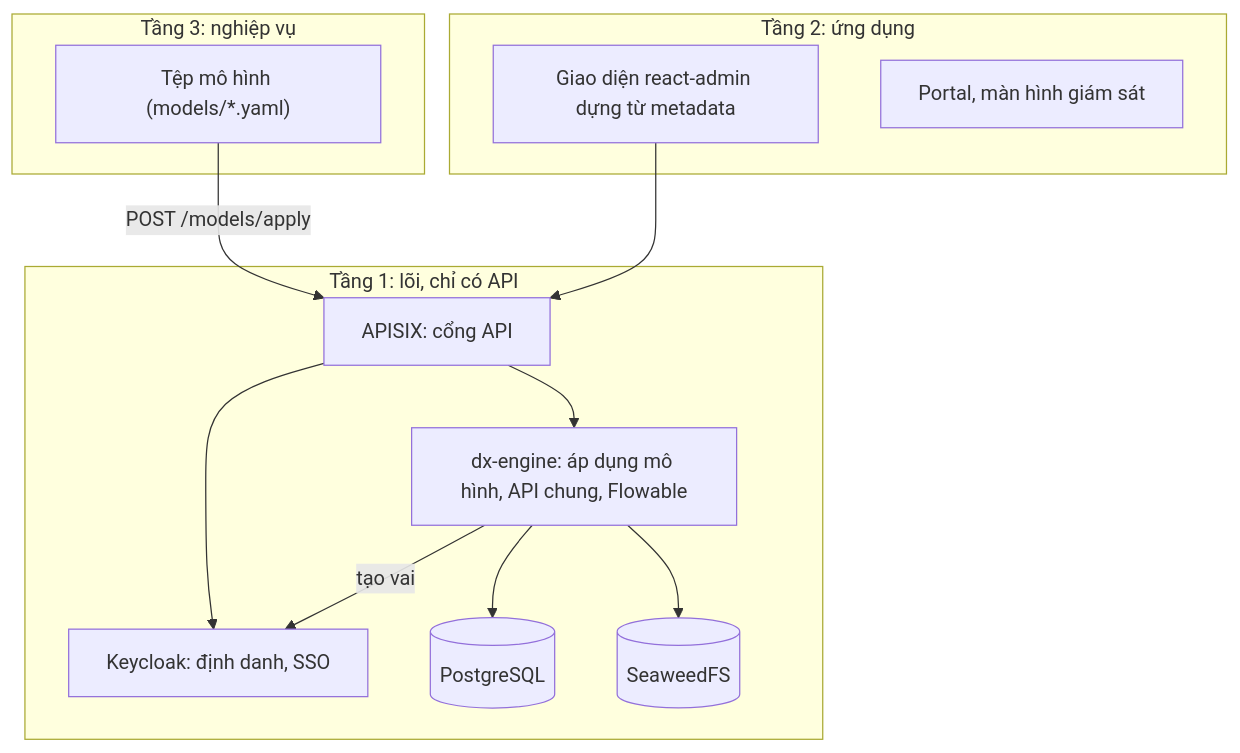
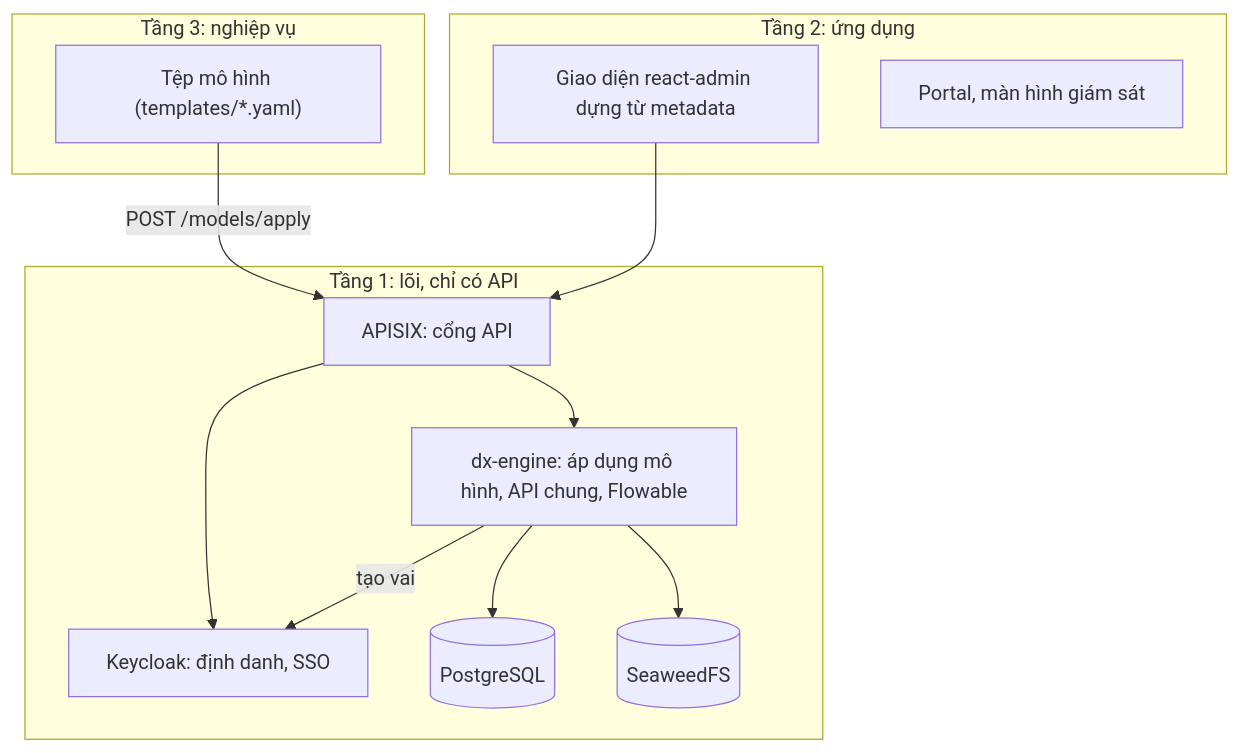
Before and after one commit to HaUI-ImplSolution/DX-OS: the first of 2 diagrams in ARCHITECTURE.md, drawn with Mermaid. The commit also changed other lines of this file and 12 other files, not shown here.

````diff
--- a/ARCHITECTURE.md
+++ b/ARCHITECTURE.md
@@ -8,24 +8,24 @@
 ```mermaid
 flowchart TB
   subgraph T3["Tầng 3: nghiệp vụ"]
-    M["Tệp mô hình (models/*.yaml)"]
+    M["Tệp mô hình (templates/*.yaml)"]
   end
   subgraph T2["Tầng 2: ứng dụng"]
     UI["Giao diện react-admin dựng từ metadata"]
     P["Portal, màn hình giám sát"]
   end
   subgraph T1["Tầng 1: lõi, chỉ có API"]
     GW["APISIX: cổng API"]
     KC["Keycloak: định danh, SSO"]
     EN["dx-engine: áp dụng mô hình, API chung, Flowable"]
     PG[("PostgreSQL")]
     S3[("SeaweedFS")]
   end
   M -->|"POST /models/apply"| GW
   UI --> GW
   GW --> EN
   GW --> KC
   EN --> PG
   EN --> S3
   EN -->|"tạo vai"| KC
 ```
````
